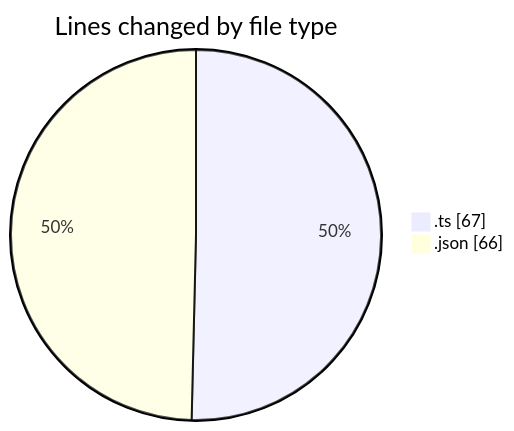
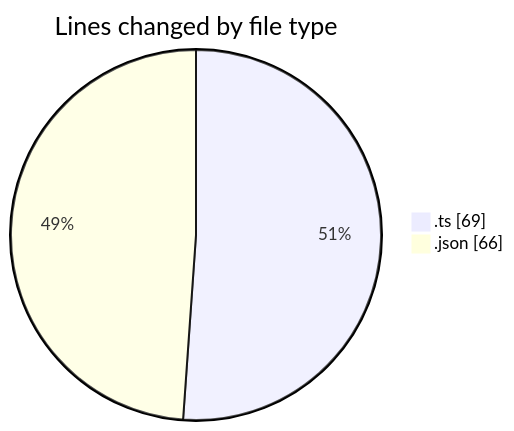
Before and after one commit to tmsrecording-cyber/code-tracking: the first of 2 diagrams in 2026-02-05/singularitybrainai/README.md, drawn with Mermaid. The commit also changed other lines of this file and 1 other file, not shown here.

````diff
--- a/2026-02-05/singularitybrainai/README.md
+++ b/2026-02-05/singularitybrainai/README.md
@@ -21,6 +21,6 @@
 ```mermaid
 pie showData
 title Lines changed by file type
-".ts" : 67
+".ts" : 69
 ".json" : 66
 ```
````
